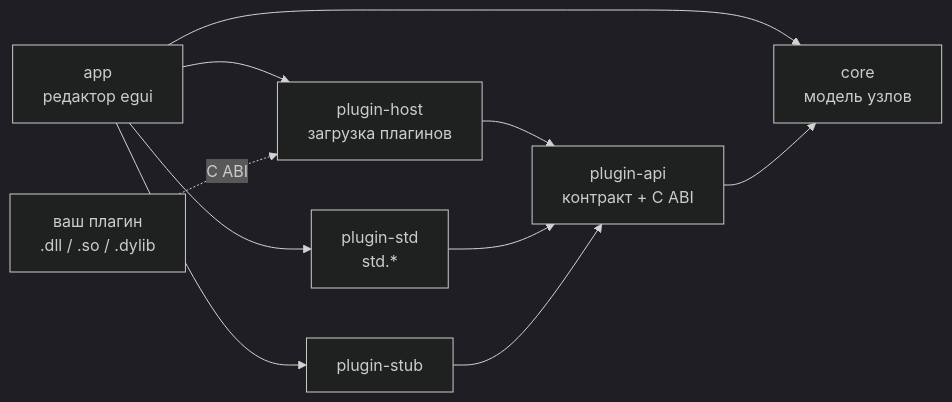
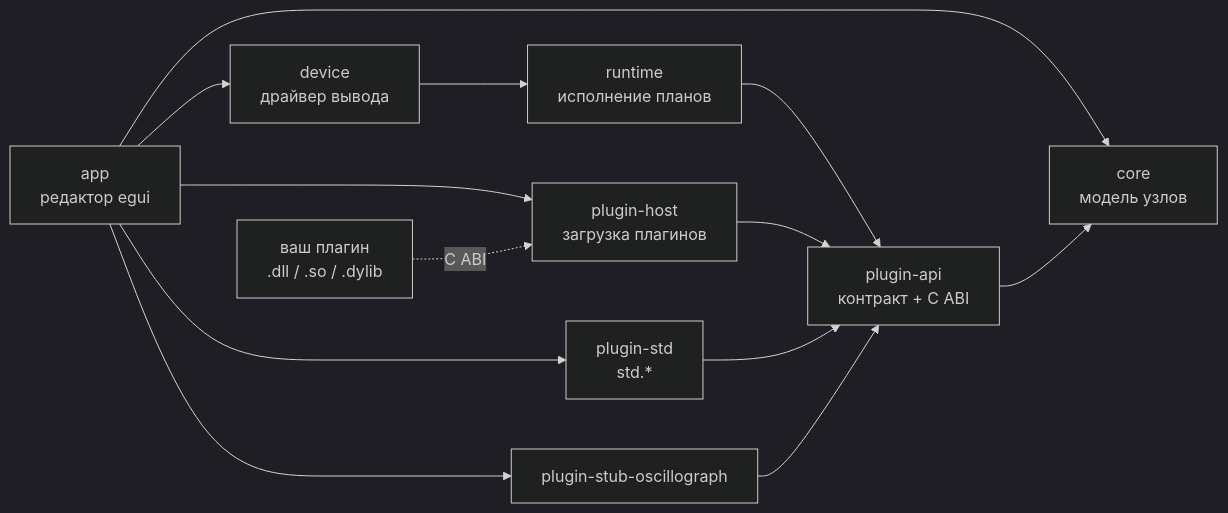
One commit to VanoSpalevoy/v-signal-nodes changed the diagram in README.ru.md. Above: the diagram before and after it, drawn with Mermaid (dark theme). The commit also changed other lines of this file and 33 other files, not shown here.

````diff
--- a/README.ru.md
+++ b/README.ru.md
@@ -104,12 +105,15 @@
 ```mermaid
 flowchart LR
     app["app<br/>редактор egui"] --> host["plugin-host<br/>загрузка плагинов"]
     app --> core["core<br/>модель узлов"]
+    app --> device["device<br/>драйвер вывода"]
+    device --> runtime["runtime<br/>исполнение планов"]
+    runtime --> api
     host --> api["plugin-api<br/>контракт + C ABI"]
     api --> core
     std["plugin-std<br/>std.*"] --> api
-    stub["plugin-stub"] --> api
+    stub["plugin-stub-oscillograph"] --> api
     app --> std
     app --> stub
     dylib["ваш плагин<br/>.dll / .so / .dylib"] -. C ABI .-> host
 ```
````
